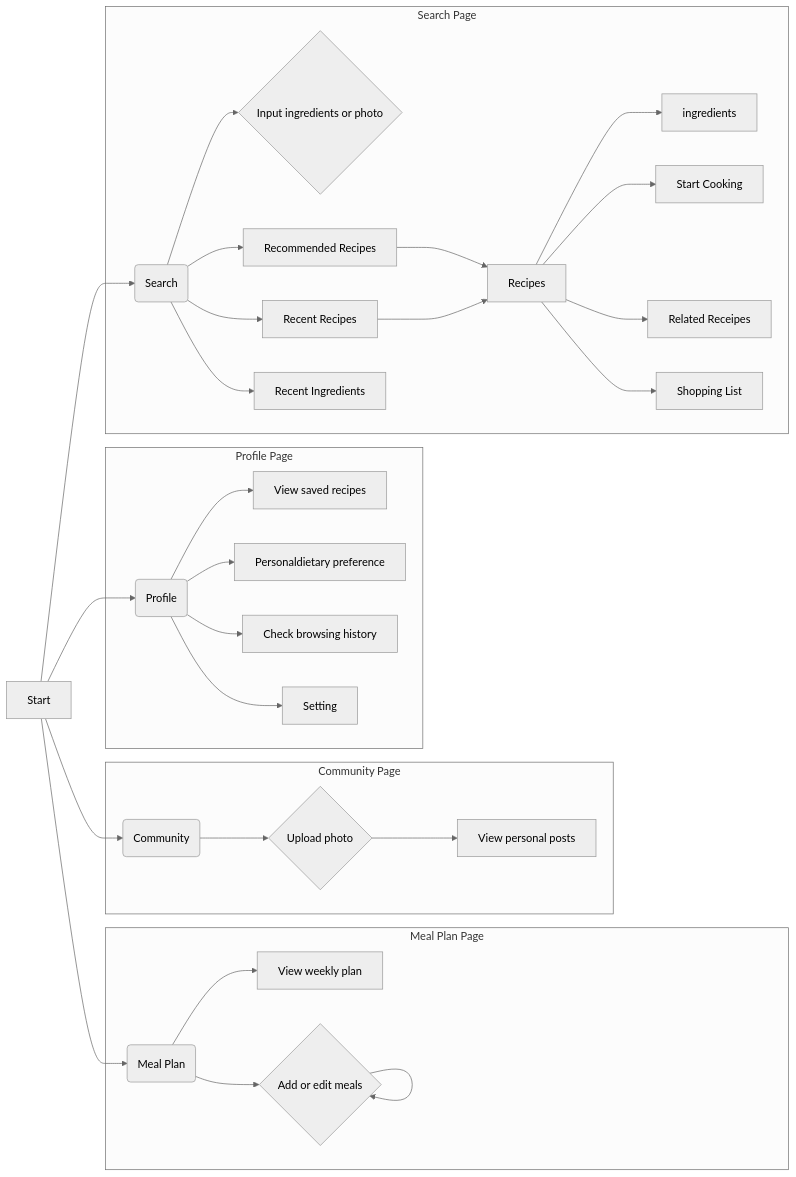
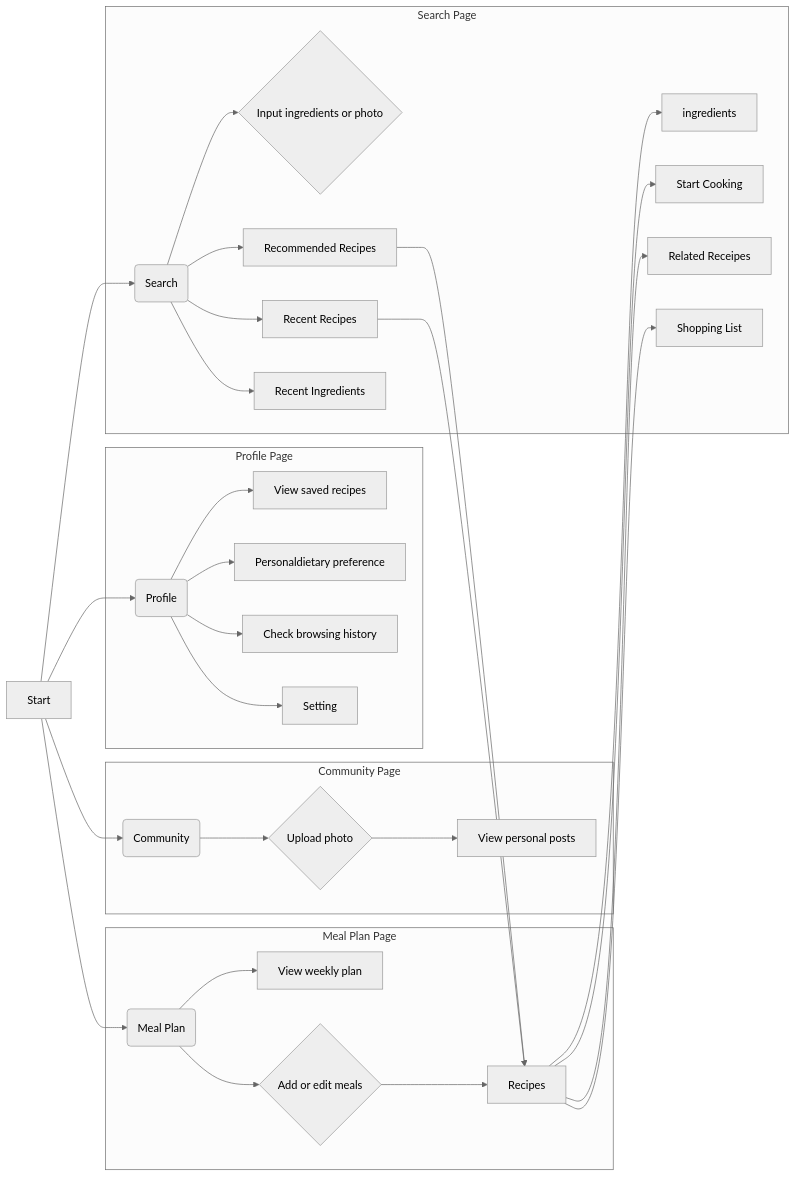
One commit to seven8301/iodraw-files changed the diagram in all/未命名-2.md. Above: the diagram before and after it, drawn with Mermaid (neutral theme).

Commit message:
2025-04-09 20:48:01 update

````diff
--- a/all/未命名-2.md
+++ b/all/未命名-2.md
@@ -1,39 +1,39 @@
 ```mermaid
 graph LR
     A[Start] --> B(Search);
     A --> C(Community);
     A --> D(Meal Plan);
     A --> E(Profile);
 
     
     subgraph "Profile Page"
         E --> L[View saved recipes];
         E --> Q[Personaldietary preference];
         E --> M[Check browsing history];
         E --> P[Setting];
 
         
     end
       subgraph "Meal Plan Page"
         D --> J[View weekly plan];
         D --> K{Add or edit meals};
-        K --> K{Add or edit meals};
+        K --> R{Add or edit meals};
 
     end
      subgraph "Community Page"
         C --> H{Upload photo};
         H --> I[View personal posts];
     end
     subgraph "Search Page"
         B --> F{Input ingredients or photo};
         B --> G[Recommended Recipes];
         G --> R[Recipes];
         O --> R[Recipes];
         R --> S[ingredients];
         R --> T[Start Cooking];
         R --> U[Related Receipes];
         R --> V[Shopping List];
         B --> N[Recent Ingredients];
         B --> O[Recent Recipes];
     end
 ```
````
